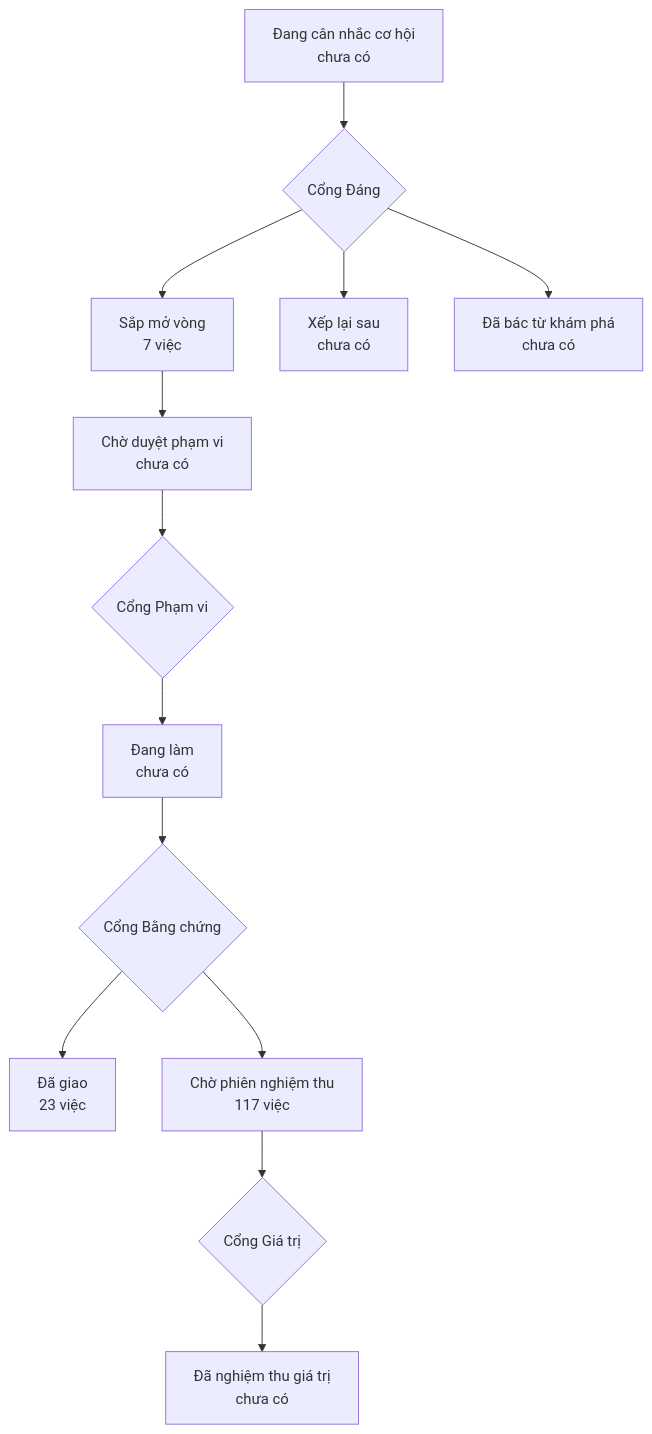
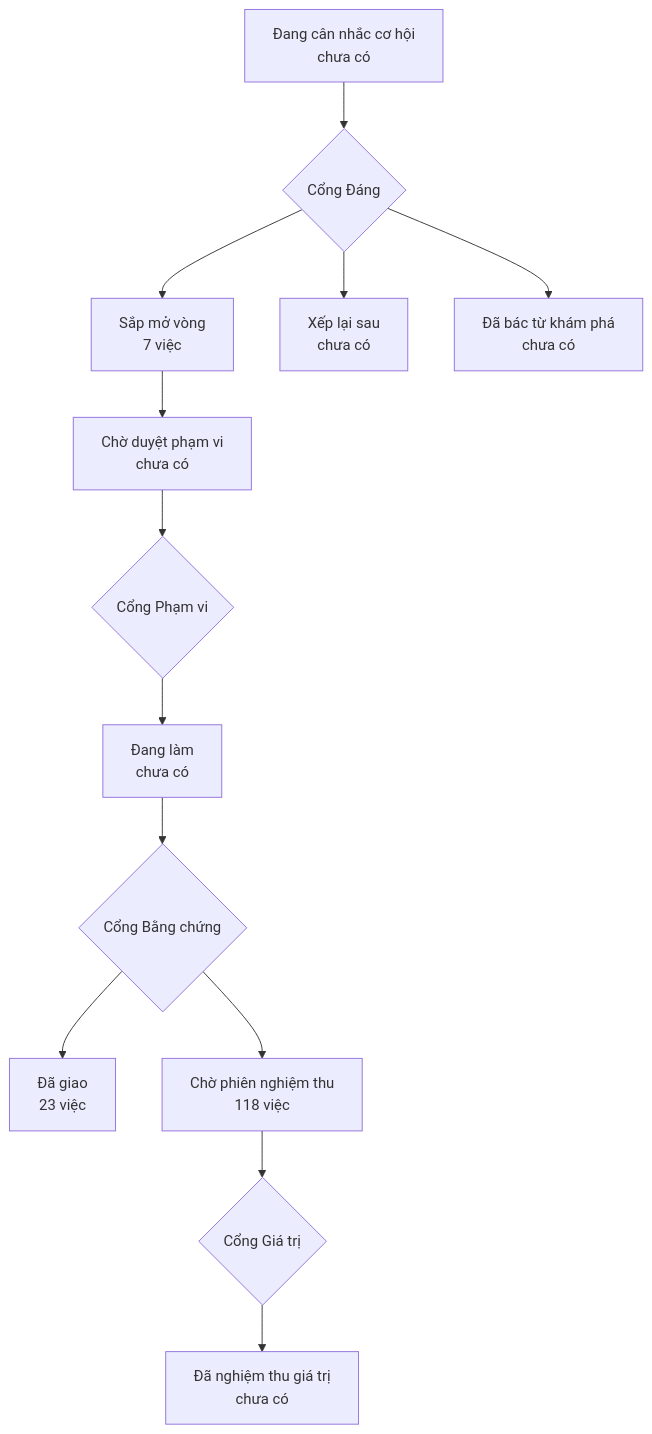
One commit to phanlemanh/onehub-quy-hang changed the diagram in PRODUCT-MAP.md. Above: the diagram before and after it, drawn with Mermaid. The commit also changed other lines of this file and 1 other file, not shown here.

Commit message:
chore: vẽ lại bản đồ sau khi gộp nhánh chính

````diff
--- a/PRODUCT-MAP.md
+++ b/PRODUCT-MAP.md
@@ -7,12 +7,12 @@
 ```mermaid
 flowchart TD
   A["Đang cân nhắc cơ hội<br/>chưa có"] --> GD{"Cổng Đáng"}
   GD --> B["Sắp mở vòng<br/>7 việc"]
   GD --> XL["Xếp lại sau<br/>chưa có"]
   GD --> DB["Đã bác từ khám phá<br/>chưa có"]
   B --> CD["Chờ duyệt phạm vi<br/>chưa có"] --> GP{"Cổng Phạm vi"}
   GP --> DL["Đang làm<br/>chưa có"] --> GB{"Cổng Bằng chứng"}
   GB --> DG["Đã giao<br/>23 việc"]
-  GB --> CN["Chờ phiên nghiệm thu<br/>117 việc"] --> GG{"Cổng Giá trị"}
+  GB --> CN["Chờ phiên nghiệm thu<br/>118 việc"] --> GG{"Cổng Giá trị"}
   GG --> NT["Đã nghiệm thu giá trị<br/>chưa có"]
 ```
````
